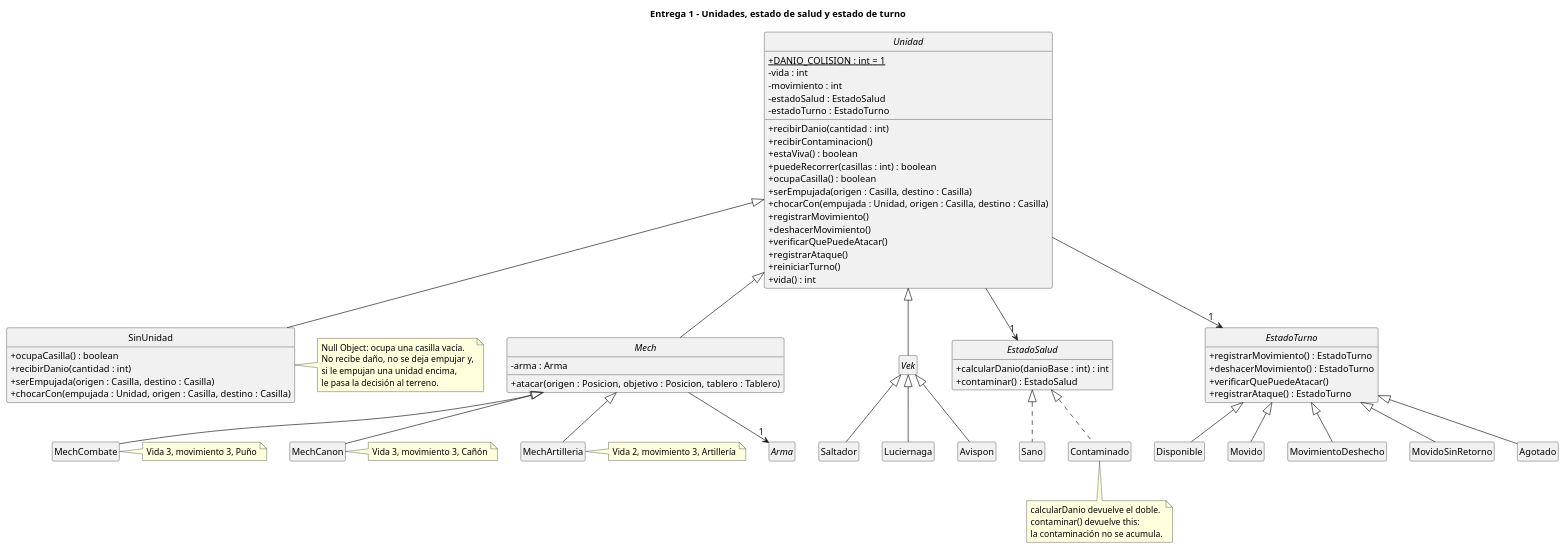
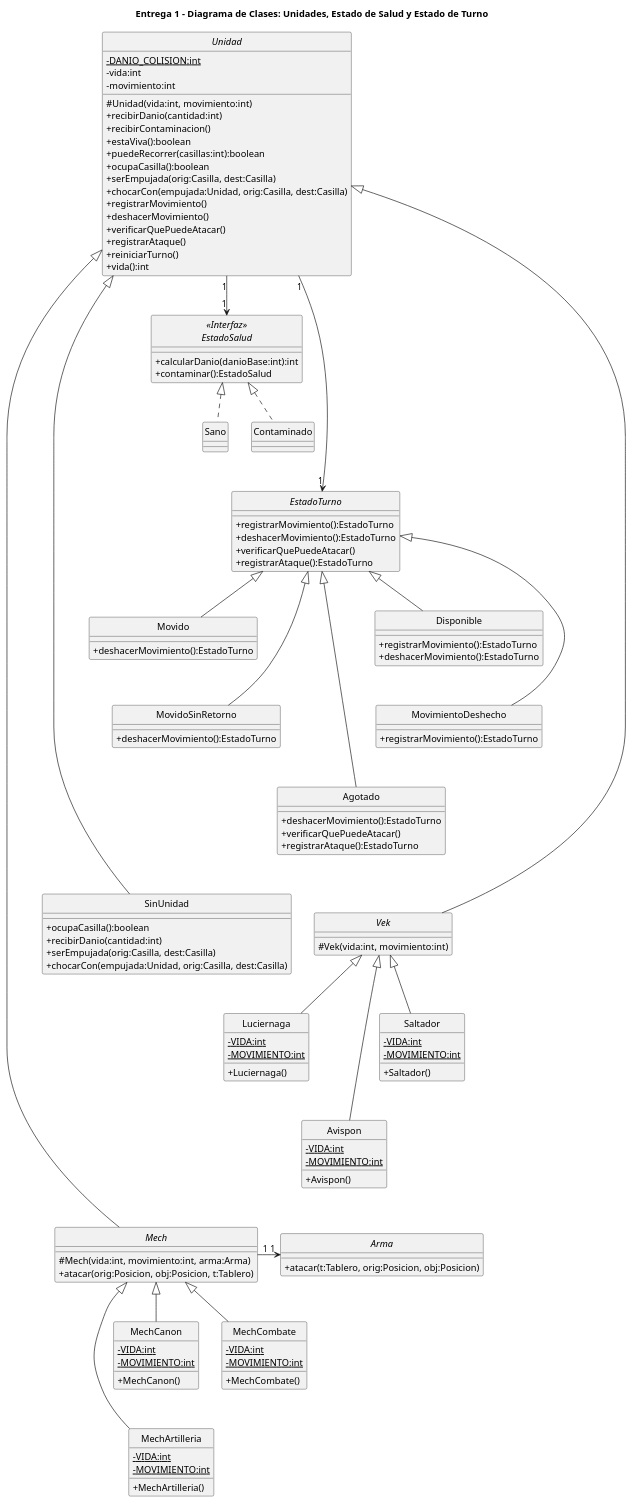
One commit to LautaroHidalgo/Into-the-Breach-TP changed the diagram in Modelo1/Diagramas/clases_unidades.puml. Above: the diagram before and after it, drawn with PlantUML. The commit also changed 1 other file, not shown here.

Commit message:
Correccion diagramas de clases tablero y unidades.

```diff
--- a/Modelo1/Diagramas/clases_unidades.puml
+++ b/Modelo1/Diagramas/clases_unidades.puml
@@ -1,116 +1,146 @@
 @startuml clases_unidades
-title Entrega 1 - Unidades, estado de salud y estado de turno
+title Entrega 1 - Diagrama de Clases: Unidades, Estado de Salud y Estado de Turno
 
 hide circle
-hide empty members
 skinparam classAttributeIconSize 0
+top to bottom direction
 
 abstract class Unidad {
-  + {static} DANIO_COLISION : int = 1
-  - vida : int
-  - movimiento : int
-  - estadoSalud : EstadoSalud
-  - estadoTurno : EstadoTurno
-  + recibirDanio(cantidad : int)
+  - {static} DANIO_COLISION:int
+  - vida:int
+  - movimiento:int
+  # Unidad(vida:int, movimiento:int)
+  + recibirDanio(cantidad:int)
   + recibirContaminacion()
-  + estaViva() : boolean
-  + puedeRecorrer(casillas : int) : boolean
-  + ocupaCasilla() : boolean
-  + serEmpujada(origen : Casilla, destino : Casilla)
-  + chocarCon(empujada : Unidad, origen : Casilla, destino : Casilla)
+  + estaViva():boolean
+  + puedeRecorrer(casillas:int):boolean
+  + ocupaCasilla():boolean
+  + serEmpujada(orig:Casilla, dest:Casilla)
+  + chocarCon(empujada:Unidad, orig:Casilla, dest:Casilla)
   + registrarMovimiento()
   + deshacerMovimiento()
   + verificarQuePuedeAtacar()
   + registrarAtaque()
   + reiniciarTurno()
-  + vida() : int
+  + vida():int
 }
 
-abstract class Mech {
-  - arma : Arma
-  + atacar(origen : Posicion, objetivo : Posicion, tablero : Tablero)
-}
-
-abstract class Vek
-
-class SinUnidad {
-  + ocupaCasilla() : boolean
-  + recibirDanio(cantidad : int)
-  + serEmpujada(origen : Casilla, destino : Casilla)
-  + chocarCon(empujada : Unidad, origen : Casilla, destino : Casilla)
-}
-
-class MechCombate
-class MechCanon
-class MechArtilleria
-class Saltador
-class Luciernaga
-class Avispon
-
-interface EstadoSalud {
-  + calcularDanio(danioBase : int) : int
-  + contaminar() : EstadoSalud
+interface "<<Interfaz>>\nEstadoSalud" as EstadoSalud {
+  + calcularDanio(danioBase:int):int
+  + contaminar():EstadoSalud
 }
 class Sano
 class Contaminado
 
 abstract class EstadoTurno {
-  + registrarMovimiento() : EstadoTurno
-  + deshacerMovimiento() : EstadoTurno
+  + registrarMovimiento():EstadoTurno
+  + deshacerMovimiento():EstadoTurno
   + verificarQuePuedeAtacar()
-  + registrarAtaque() : EstadoTurno
+  + registrarAtaque():EstadoTurno
 }
-class Disponible
-class Movido
-class MovimientoDeshecho
-class MovidoSinRetorno
-class Agotado
+class Disponible {
+  + registrarMovimiento():EstadoTurno
+  + deshacerMovimiento():EstadoTurno
+}
+class Movido {
+  + deshacerMovimiento():EstadoTurno
+}
+class MovimientoDeshecho {
+  + registrarMovimiento():EstadoTurno
+}
+class MovidoSinRetorno {
+  + deshacerMovimiento():EstadoTurno
+}
+class Agotado {
+  + deshacerMovimiento():EstadoTurno
+  + verificarQuePuedeAtacar()
+  + registrarAtaque():EstadoTurno
+}
 
-abstract class Arma
+class SinUnidad {
+  + ocupaCasilla():boolean
+  + recibirDanio(cantidad:int)
+  + serEmpujada(orig:Casilla, dest:Casilla)
+  + chocarCon(empujada:Unidad, orig:Casilla, dest:Casilla)
+}
 
-Unidad <|-- Mech
-Unidad <|-- Vek
-Unidad <|-- SinUnidad
-Mech <|-- MechCombate
-Mech <|-- MechCanon
-Mech <|-- MechArtilleria
-Vek <|-- Saltador
-Vek <|-- Luciernaga
-Vek <|-- Avispon
+abstract class Vek {
+  # Vek(vida:int, movimiento:int)
+}
+class Saltador {
+  - {static} VIDA:int
+  - {static} MOVIMIENTO:int
+  + Saltador()
+}
+class Luciernaga {
+  - {static} VIDA:int
+  - {static} MOVIMIENTO:int
+  + Luciernaga()
+}
+class Avispon {
+  - {static} VIDA:int
+  - {static} MOVIMIENTO:int
+  + Avispon()
+}
 
-Unidad --> "1" EstadoSalud
+abstract class Mech {
+  # Mech(vida:int, movimiento:int, arma:Arma)
+  + atacar(orig:Posicion, obj:Posicion, t:Tablero)
+}
+class MechCombate {
+  - {static} VIDA:int
+  - {static} MOVIMIENTO:int
+  + MechCombate()
+}
+class MechCanon {
+  - {static} VIDA:int
+  - {static} MOVIMIENTO:int
+  + MechCanon()
+}
+class MechArtilleria {
+  - {static} VIDA:int
+  - {static} MOVIMIENTO:int
+  + MechArtilleria()
+}
+
+abstract class Arma {
+  + atacar(t:Tablero, orig:Posicion, obj:Posicion)
+}
+
+' 1. EstadoSalud debajo de Unidad
+Unidad "1" -down-> "1" EstadoSalud
 EstadoSalud <|.. Sano
 EstadoSalud <|.. Contaminado
 
-Unidad --> "1" EstadoTurno
-EstadoTurno <|-- Disponible
-EstadoTurno <|-- Movido
-EstadoTurno <|-- MovimientoDeshecho
-EstadoTurno <|-- MovidoSinRetorno
-EstadoTurno <|-- Agotado
+' 2. EstadoTurno debajo de EstadoSalud
+Sano -[hidden]down-> EstadoTurno
+Contaminado -[hidden]down-> EstadoTurno
+Unidad "1" -down-> "1" EstadoTurno
+EstadoTurno <|-down- Disponible
+EstadoTurno <|-down- Movido
+EstadoTurno <|-down- MovimientoDeshecho
+EstadoTurno <|-down- MovidoSinRetorno
+EstadoTurno <|-down- Agotado
+Disponible -[hidden]down-> MovimientoDeshecho
+Movido -[hidden]down-> MovidoSinRetorno
+MovimientoDeshecho -[hidden]down-> Agotado
 
-Mech --> "1" Arma
+' 3. Subclases de Unidad debajo de EstadoTurno
+Agotado -[hidden]down-> SinUnidad
+Agotado -[hidden]down-> Vek
+Unidad <|-down- SinUnidad
+Unidad <|-down- Vek
+Unidad <|-down- Mech
 
-note right of SinUnidad
-  Null Object: ocupa una casilla vacía.
-  No recibe daño, no se deja empujar y,
-  si le empujan una unidad encima,
-  le pasa la decisión al terreno.
-end note
+Vek <|-down- Saltador
+Vek <|-down- Luciernaga
+Vek <|-down- Avispon
+Saltador -[hidden]down-> Avispon
 
-note bottom of Contaminado
-  calcularDanio devuelve el doble.
-  contaminar() devuelve this:
-  la contaminación no se acumula.
-end note
-
-note right of MechCombate
-  Vida 3, movimiento 3, Puño
-end note
-note right of MechCanon
-  Vida 3, movimiento 3, Cañón
-end note
-note right of MechArtilleria
-  Vida 2, movimiento 3, Artillería
-end note
+Avispon -[hidden]down-> Mech
+Mech "1" -right-> "1" Arma
+Mech <|-down- MechCombate
+Mech <|-down- MechCanon
+Mech <|-down- MechArtilleria
+MechCombate -[hidden]down-> MechArtilleria
 @enduml
```
